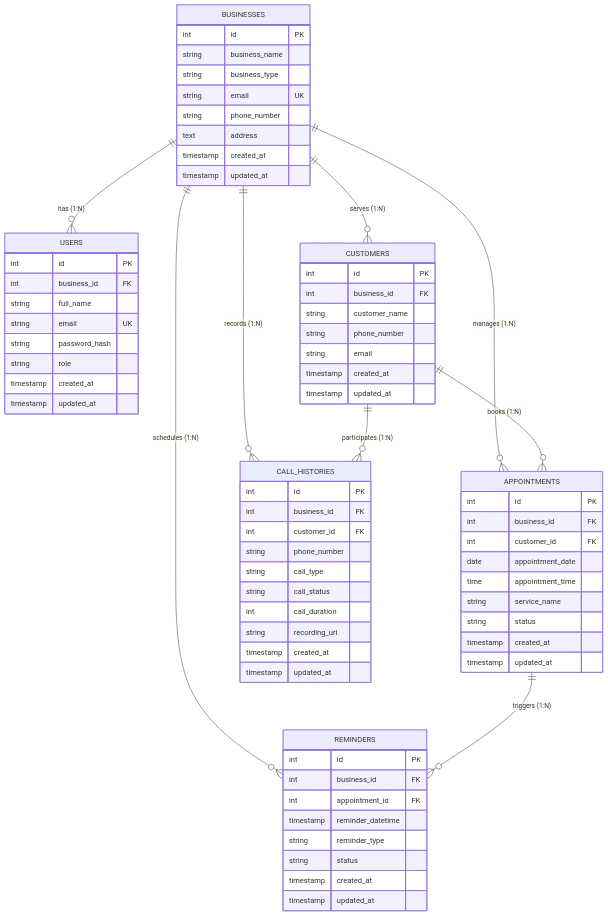
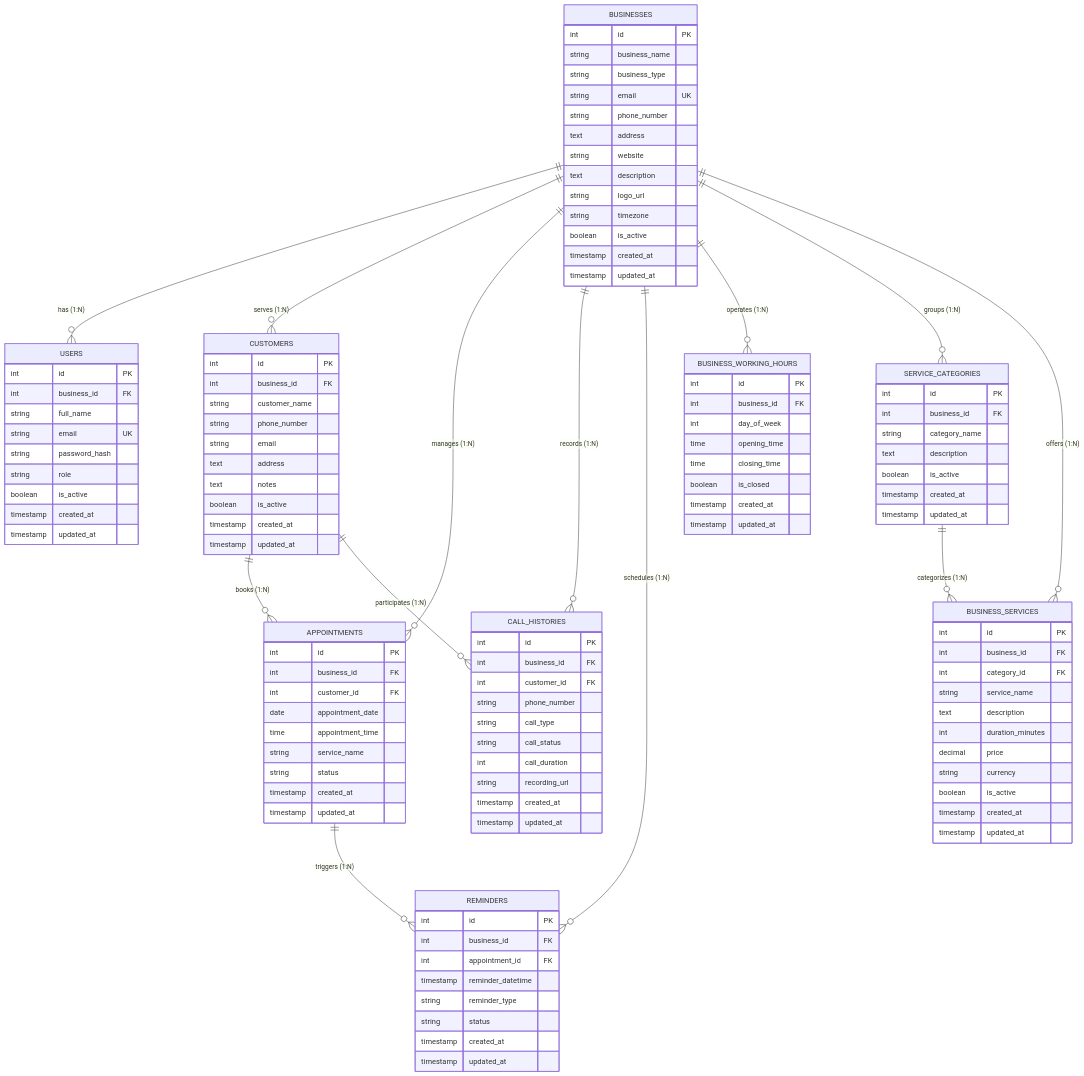
The diagram in documentation/architecture.md (sanjeevprakash554-stack/Vattara-Voice-Assitance), drawn with Mermaid before and after one commit. The commit also changed other lines of this file and 23 other files, not shown here.

```diff
--- a/documentation/architecture.md
+++ b/documentation/architecture.md
@@ -71,6 +71,10 @@
     BUSINESSES ||--o{ APPOINTMENTS : "manages (1:N)"
     BUSINESSES ||--o{ CALL_HISTORIES : "records (1:N)"
     BUSINESSES ||--o{ REMINDERS : "schedules (1:N)"
+    BUSINESSES ||--o{ BUSINESS_WORKING_HOURS : "operates (1:N)"
+    BUSINESSES ||--o{ SERVICE_CATEGORIES : "groups (1:N)"
+    BUSINESSES ||--o{ BUSINESS_SERVICES : "offers (1:N)"
+    SERVICE_CATEGORIES ||--o{ BUSINESS_SERVICES : "categorizes (1:N)"
     CUSTOMERS ||--o{ APPOINTMENTS : "books (1:N)"
     CUSTOMERS ||--o{ CALL_HISTORIES : "participates (1:N)"
     APPOINTMENTS ||--o{ REMINDERS : "triggers (1:N)"
@@ -82,6 +86,46 @@
         string email UK
         string phone_number
         text address
+        string website
+        text description
+        string logo_url
+        string timezone
+        boolean is_active
+        timestamp created_at
+        timestamp updated_at
+    }
+
+    BUSINESS_WORKING_HOURS {
+        int id PK
+        int business_id FK
+        int day_of_week
+        time opening_time
+        time closing_time
+        boolean is_closed
+        timestamp created_at
+        timestamp updated_at
+    }
+
+    SERVICE_CATEGORIES {
+        int id PK
+        int business_id FK
+        string category_name
+        text description
+        boolean is_active
+        timestamp created_at
+        timestamp updated_at
+    }
+
+    BUSINESS_SERVICES {
+        int id PK
+        int business_id FK
+        int category_id FK
+        string service_name
+        text description
+        int duration_minutes
+        decimal price
+        string currency
+        boolean is_active
         timestamp created_at
         timestamp updated_at
     }
@@ -93,6 +137,7 @@
         string email UK
         string password_hash
         string role
+        boolean is_active
         timestamp created_at
         timestamp updated_at
     }
@@ -103,6 +148,9 @@
         string customer_name
         string phone_number
         string email
+        text address
+        text notes
+        boolean is_active
         timestamp created_at
         timestamp updated_at
     }
```
